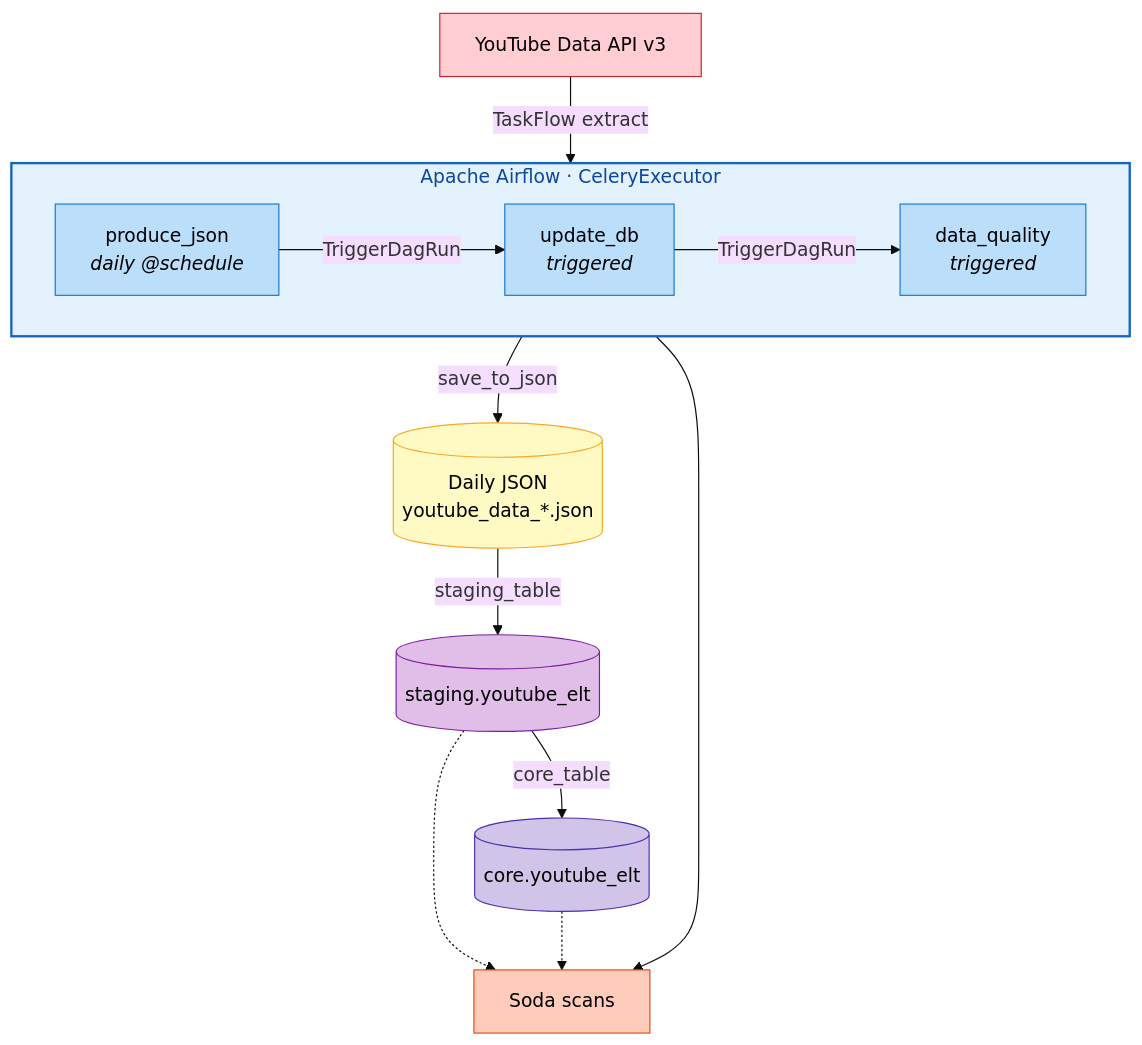
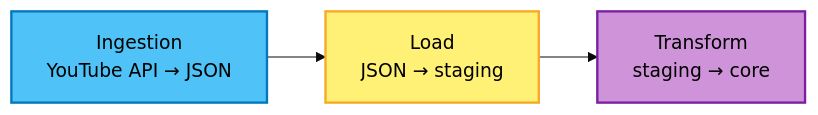
One commit to BenDatta/Youtube-ETL changed the diagram in README.md. Above: the diagram before and after it, drawn with Mermaid (base theme). The commit also changed other lines of this file, not shown here.

Commit message:
Simplify README diagram to ingestion, load, and transform stages.

````diff
--- a/README.md
+++ b/README.md
@@ -26,36 +26,9 @@
 ```mermaid
-flowchart TB
-  API["YouTube Data API v3"]
+flowchart LR
+  ING["Ingestion<br/>YouTube API → JSON"] --> LOAD["Load<br/>JSON → staging"]
+  LOAD --> TFM["Transform<br/>staging → core"]
 
-  subgraph ORCH["Apache Airflow · CeleryExecutor"]
-    direction LR
-    D1["produce_json<br/><i>daily @schedule</i>"]
-    D2["update_db<br/><i>triggered</i>"]
-    D3["data_quality<br/><i>triggered</i>"]
-    D1 -->|"TriggerDagRun"| D2
-    D2 -->|"TriggerDagRun"| D3
-  end
-
-  JSON[("Daily JSON<br/>youtube_data_*.json")]
-  STG[("staging.youtube_elt")]
-  CORE[("core.youtube_elt")]
-  QA["Soda scans"]
-
-  API -->|"TaskFlow extract"| D1
-  D1 -->|"save_to_json"| JSON
-  JSON -->|"staging_table"| STG
-  STG -->|"core_table"| CORE
-  D3 --> QA
-  STG -.-> QA
-  CORE -.-> QA
-
-  style ORCH fill:#E3F2FD,stroke:#1565C0,stroke-width:2px,color:#0D47A1
-  style D1 fill:#BBDEFB,stroke:#1976D2,color:#000
-  style D2 fill:#BBDEFB,stroke:#1976D2,color:#000
-  style D3 fill:#BBDEFB,stroke:#1976D2,color:#000
-  style API fill:#FFCDD2,stroke:#C62828,color:#000
-  style JSON fill:#FFF9C4,stroke:#F9A825,color:#000
-  style STG fill:#E1BEE7,stroke:#7B1FA2,color:#000
-  style CORE fill:#D1C4E9,stroke:#512DA8,color:#000
-  style QA fill:#FFCCBC,stroke:#E64A19,color:#000
+  style ING fill:#4FC3F7,stroke:#0277BD,stroke-width:2px,color:#000
+  style LOAD fill:#FFF176,stroke:#F9A825,stroke-width:2px,color:#000
+  style TFM fill:#CE93D8,stroke:#7B1FA2,stroke-width:2px,color:#000
 ```
````
